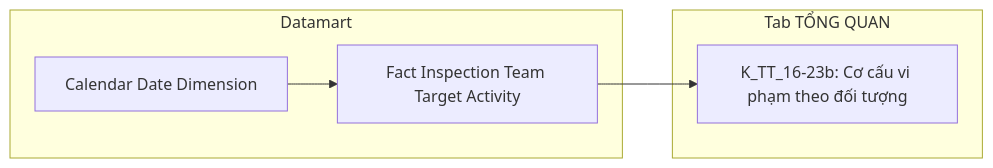
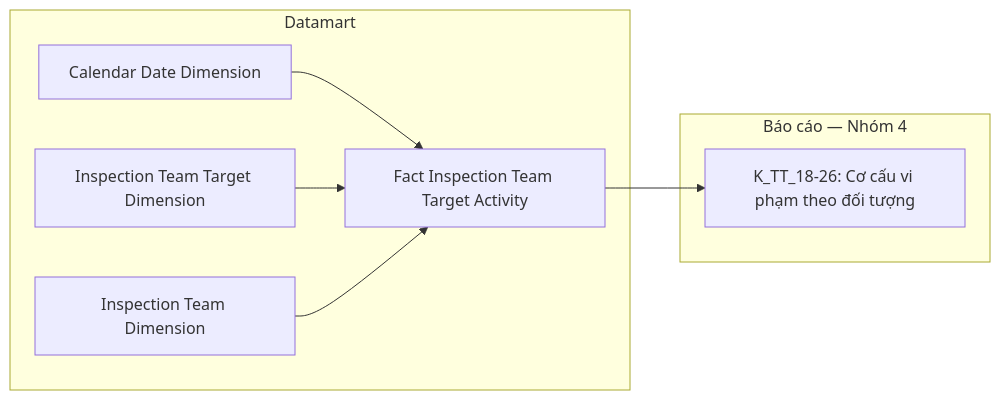
Before and after one commit to linhlvit/ubck_atomic_design: diagram 20 of 50 in Datamart/hld/DTM_TT_HLD.md, drawn with Mermaid. The commit also changed other lines of this file and 26 other files, not shown here.

````diff
--- a/Datamart/hld/DTM_TT_HLD.md
+++ b/Datamart/hld/DTM_TT_HLD.md
@@ -683,12 +703,16 @@
 ```mermaid
 flowchart LR
     subgraph Datamart["Datamart"]
         G1["Fact Inspection Team Target Activity"]
         G2["Calendar Date Dimension"]
+        G3["Inspection Team Target Dimension"]
+        G4["Inspection Team Dimension"]
     end
-    subgraph RPT["Tab TỔNG QUAN"]
-        R1["K_TT_16-23b: Cơ cấu vi phạm theo đối tượng"]
+    subgraph RPT["Báo cáo — Nhóm 4"]
+        R1["K_TT_18-26: Cơ cấu vi phạm theo đối tượng"]
     end
     G2 --> G1
+    G3 --> G1
+    G4 --> G1
     G1 --> R1
 ```
````
